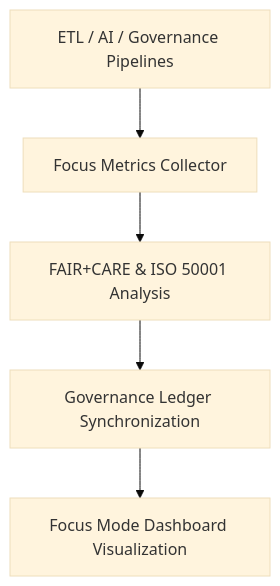
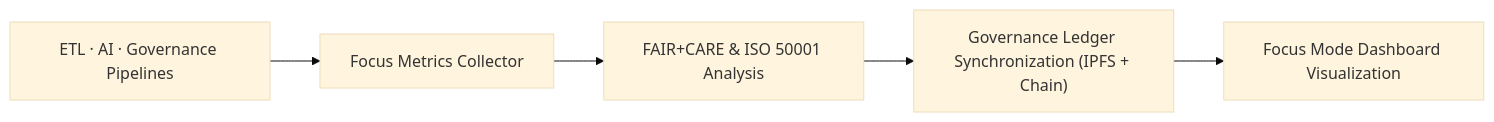
The diagram in src/pipelines/telemetry/README.md (bartytime4life/Kansas-Frontier-Matrix), drawn with Mermaid (base theme) before and after one commit. The commit also changed other lines of this file, not shown here.

First line of the commit message:
Update README for telemetry pipelines to v10.1.0

````diff
--- a/src/pipelines/telemetry/README.md
+++ b/src/pipelines/telemetry/README.md
@@ -65,7 +65,7 @@
 ```mermaid
-flowchart TD
-    A["ETL / AI / Governance Pipelines"] --> B["Focus Metrics Collector"]
+flowchart LR
+    A["ETL · AI · Governance Pipelines"] --> B["Focus Metrics Collector"]
     B --> C["FAIR+CARE & ISO 50001 Analysis"]
-    C --> D["Governance Ledger Synchronization"]
+    C --> D["Governance Ledger Synchronization (IPFS + Chain)"]
     D --> E["Focus Mode Dashboard Visualization"]
 ```
````
